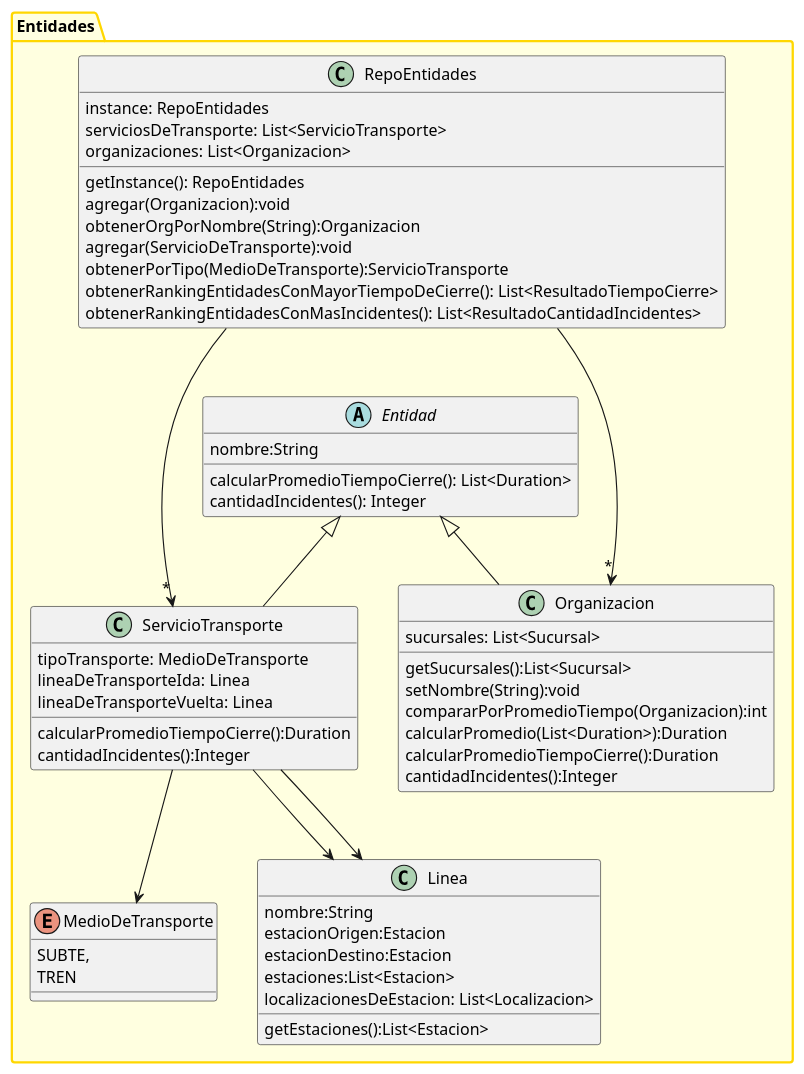
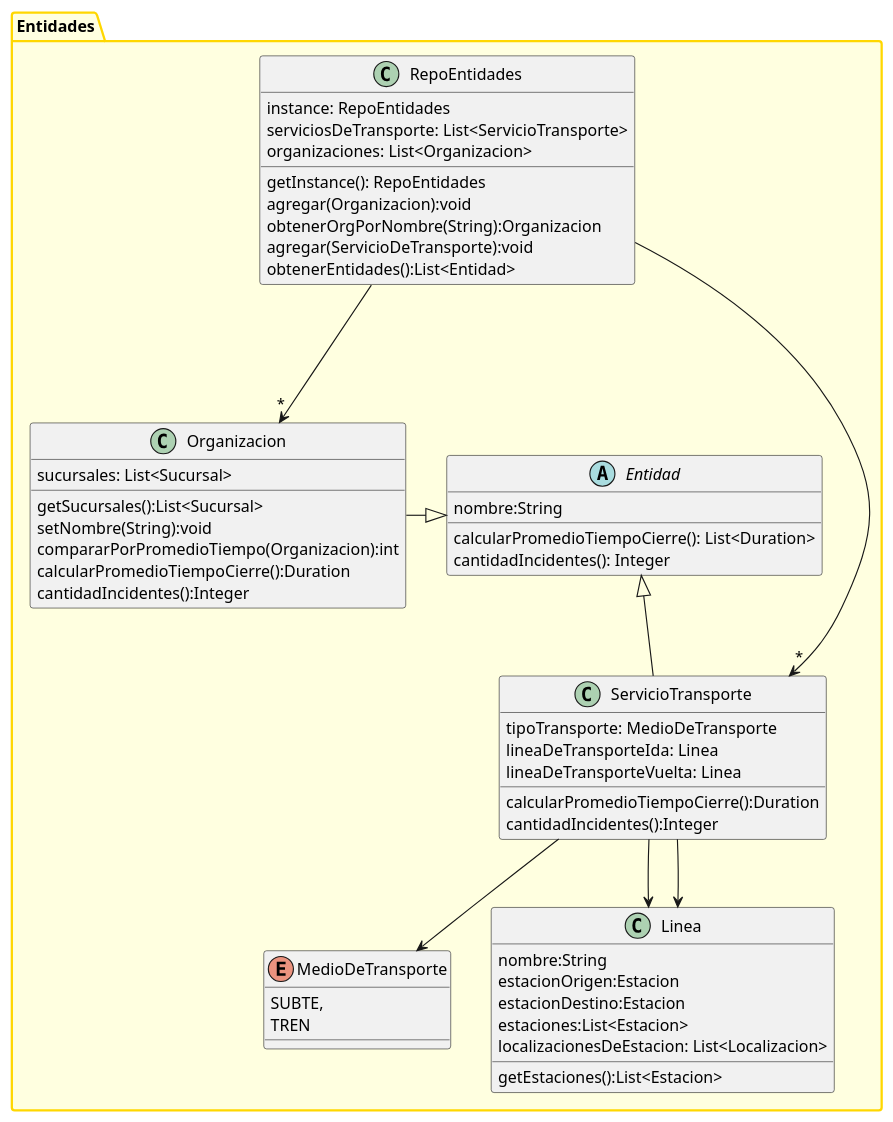
Before and after one commit to tomidandrea/TPA-DDS-2023: the diagram in Entrega-4/out/entidades.puml, drawn with PlantUML. The commit also changed 4 other files, not shown here.

Commit message:
Actualizo el diagrama de clases Entrega-4

```diff
--- a/Entrega-4/out/entidades.puml
+++ b/Entrega-4/out/entidades.puml
@@ -1,71 +1,68 @@
 @startuml
 'https://plantuml.com/class-diagram
 
 package Entidades #back:lightyellow;line:gold;line.bold{
 
     class RepoEntidades{
         instance: RepoEntidades
         serviciosDeTransporte: List<ServicioTransporte>
         organizaciones: List<Organizacion>
 
         getInstance(): RepoEntidades
         agregar(Organizacion):void
         obtenerOrgPorNombre(String):Organizacion
         agregar(ServicioDeTransporte):void
-        obtenerPorTipo(MedioDeTransporte):ServicioTransporte
-        obtenerRankingEntidadesConMayorTiempoDeCierre(): List<ResultadoTiempoCierre>
-        obtenerRankingEntidadesConMasIncidentes(): List<ResultadoCantidadIncidentes>
+        obtenerEntidades():List<Entidad>
     }
 
     abstract class Entidad{
         nombre:String
 
         calcularPromedioTiempoCierre(): List<Duration>
         cantidadIncidentes(): Integer
     }
 
     class Organizacion{
         sucursales: List<Sucursal>
 
         getSucursales():List<Sucursal>
         setNombre(String):void
         compararPorPromedioTiempo(Organizacion):int
-        calcularPromedio(List<Duration>):Duration
         calcularPromedioTiempoCierre():Duration
         cantidadIncidentes():Integer
     }
 
     class ServicioTransporte{
         tipoTransporte: MedioDeTransporte
         lineaDeTransporteIda: Linea
         lineaDeTransporteVuelta: Linea
 
         calcularPromedioTiempoCierre():Duration
         cantidadIncidentes():Integer
     }
 
     enum MedioDeTransporte{
         SUBTE,
         TREN
     }
 
     class Linea{
         nombre:String
         estacionOrigen:Estacion
         estacionDestino:Estacion
         estaciones:List<Estacion>
         localizacionesDeEstacion: List<Localizacion>
 
         getEstaciones():List<Estacion>
     }
 
     ServicioTransporte --> MedioDeTransporte
     ServicioTransporte --> Linea
     ServicioTransporte --> Linea
-    Organizacion-up-|>Entidad
+    Organizacion-right-|>Entidad
     ServicioTransporte-up-|>Entidad
     RepoEntidades --->"*" Organizacion
     RepoEntidades --->"*" ServicioTransporte
 }
 
 @enduml
```
